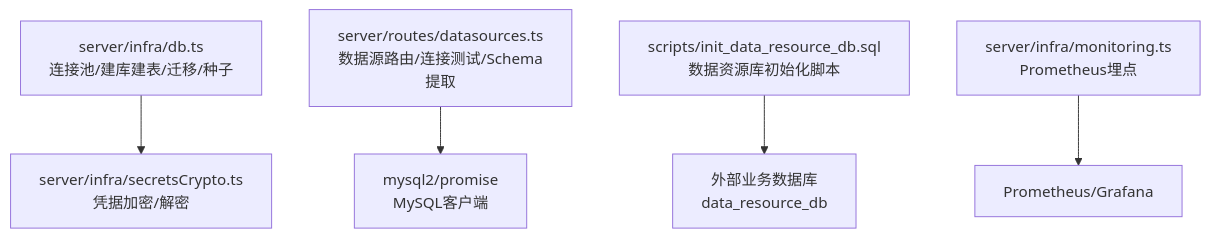
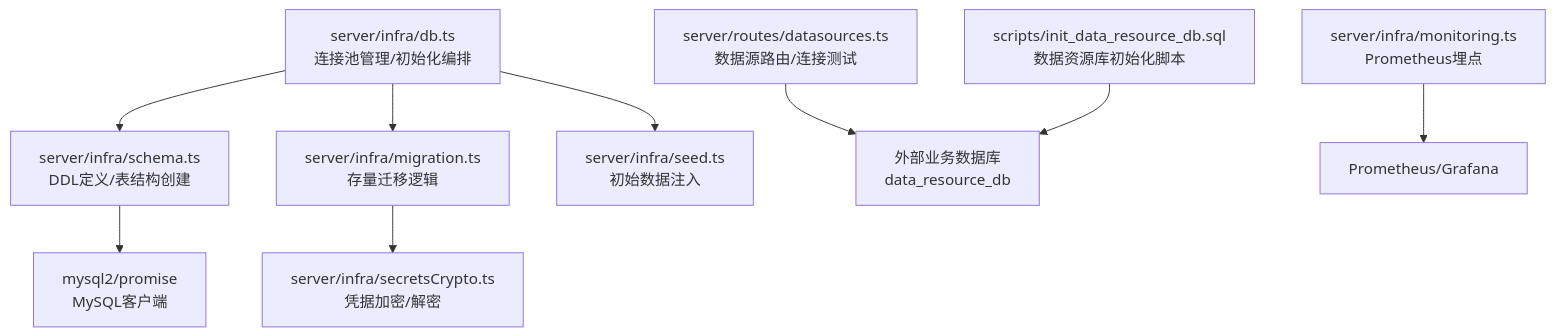
The first of 5 diagrams in .qoder/repowiki/zh/content/后端服务/数据访问层/数据库连接管理.md (dgjin/smart-data-analytics), drawn with Mermaid before and after one commit. The commit also changed other lines of this file and 146 other files, not shown here.

````diff
--- a/.qoder/repowiki/zh/content/后端服务/数据访问层/数据库连接管理.md
+++ b/.qoder/repowiki/zh/content/后端服务/数据访问层/数据库连接管理.md
@@ -35,7 +49,11 @@
 ```mermaid
 graph TB
-A["server/infra/db.ts<br/>连接池/建库建表/迁移/种子"] --> B["server/infra/secretsCrypto.ts<br/>凭据加密/解密"]
-C["server/routes/datasources.ts<br/>数据源路由/连接测试/Schema提取"] --> D["mysql2/promise<br/>MySQL客户端"]
-E["scripts/init_data_resource_db.sql<br/>数据资源库初始化脚本"] --> F["外部业务数据库<br/>data_resource_db"]
-G["server/infra/monitoring.ts<br/>Prometheus埋点"] --> H["Prometheus/Grafana"]
+A["server/infra/db.ts<br/>连接池管理/初始化编排"] --> B["server/infra/schema.ts<br/>DDL定义/表结构创建"]
+A --> C["server/infra/migration.ts<br/>存量迁移逻辑"]
+A --> D["server/infra/seed.ts<br/>初始数据注入"]
+B --> E["mysql2/promise<br/>MySQL客户端"]
+C --> F["server/infra/secretsCrypto.ts<br/>凭据加密/解密"]
+G["server/routes/datasources.ts<br/>数据源路由/连接测试"] --> H["外部业务数据库<br/>data_resource_db"]
+I["scripts/init_data_resource_db.sql<br/>数据资源库初始化脚本"] --> H
+J["server/infra/monitoring.ts<br/>Prometheus埋点"] --> K["Prometheus/Grafana"]
 ```
````
